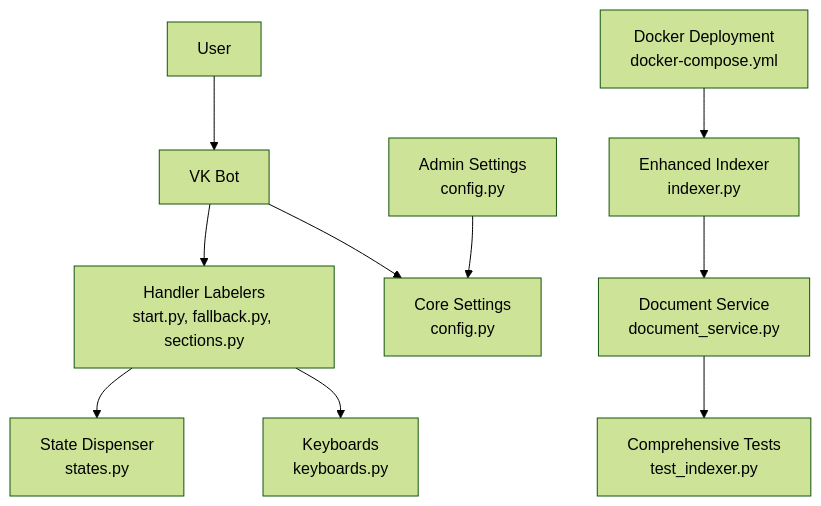
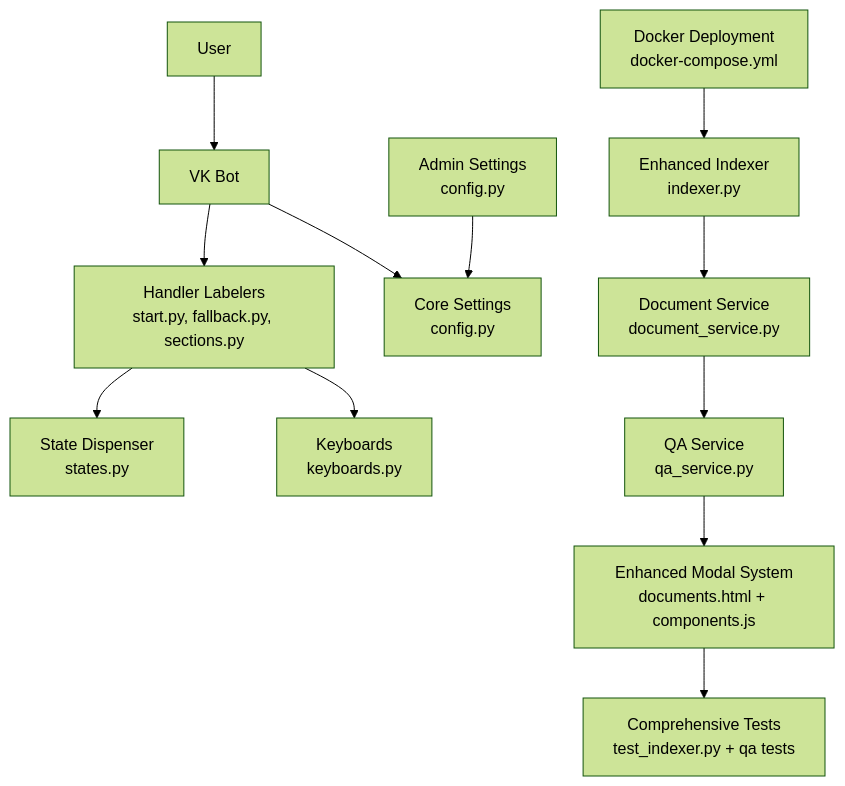
The second of 15 diagrams in .qoder/repowiki/en/content/Document Management System.md (ognelis/cafetera_hr_bot), drawn with Mermaid (forest theme) before and after one commit. The commit also changed other lines of this file and 6 other files, not shown here.

````diff
--- a/.qoder/repowiki/en/content/Document Management System.md
+++ b/.qoder/repowiki/en/content/Document Management System.md
@@ -120,23 +131,27 @@
 ```mermaid
 graph TB
 USER["User"]
 BOT["VK Bot"]
 LABELERS["Handler Labelers<br/>start.py, fallback.py, sections.py"]
 STATE["State Dispenser<br/>states.py"]
 KB["Keyboards<br/>keyboards.py"]
 CORECFG["Core Settings<br/>config.py"]
 ADMINCFG["Admin Settings<br/>config.py"]
 INDEXER["Enhanced Indexer<br/>indexer.py"]
 DOCSVC["Document Service<br/>document_service.py"]
-TESTS["Comprehensive Tests<br/>test_indexer.py"]
+QA_SERVICE["QA Service<br/>qa_service.py"]
+MODAL_SYS["Enhanced Modal System<br/>documents.html + components.js"]
+TESTS["Comprehensive Tests<br/>test_indexer.py + qa tests"]
 DOCKER["Docker Deployment<br/>docker-compose.yml"]
 USER --> BOT
 BOT --> LABELERS
 LABELERS --> STATE
 LABELERS --> KB
 BOT --> CORECFG
 ADMINCFG --> CORECFG
 INDEXER --> DOCSVC
-DOCSVC --> TESTS
+DOCSVC --> QA_SERVICE
+QA_SERVICE --> MODAL_SYS
+MODAL_SYS --> TESTS
 DOCKER --> INDEXER
 ```
````
